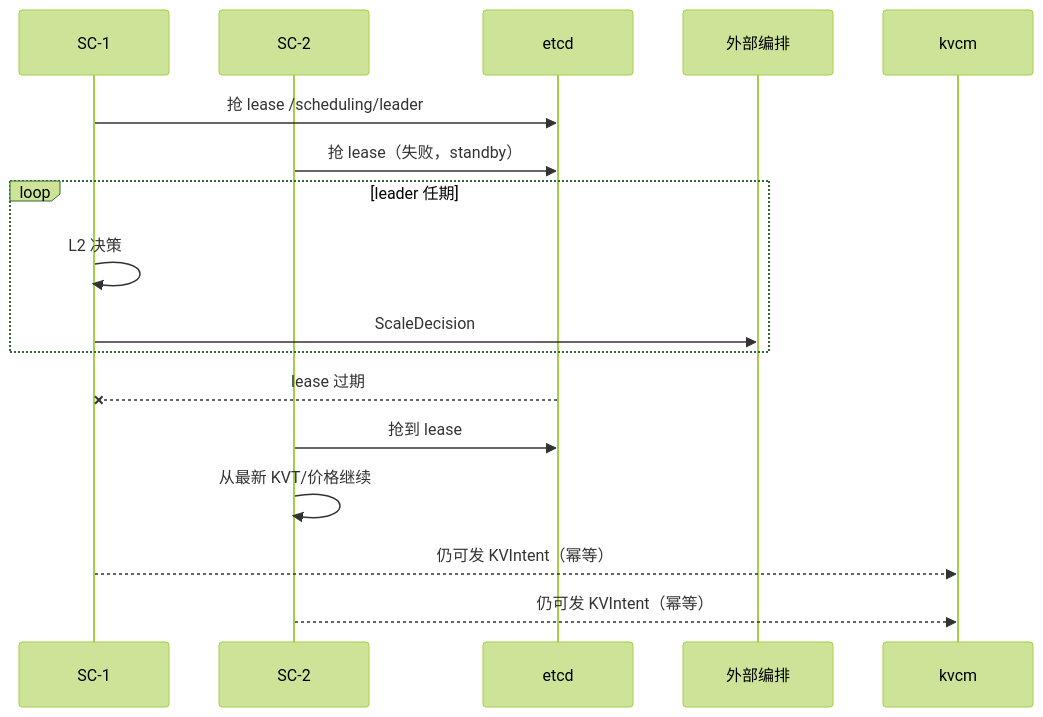
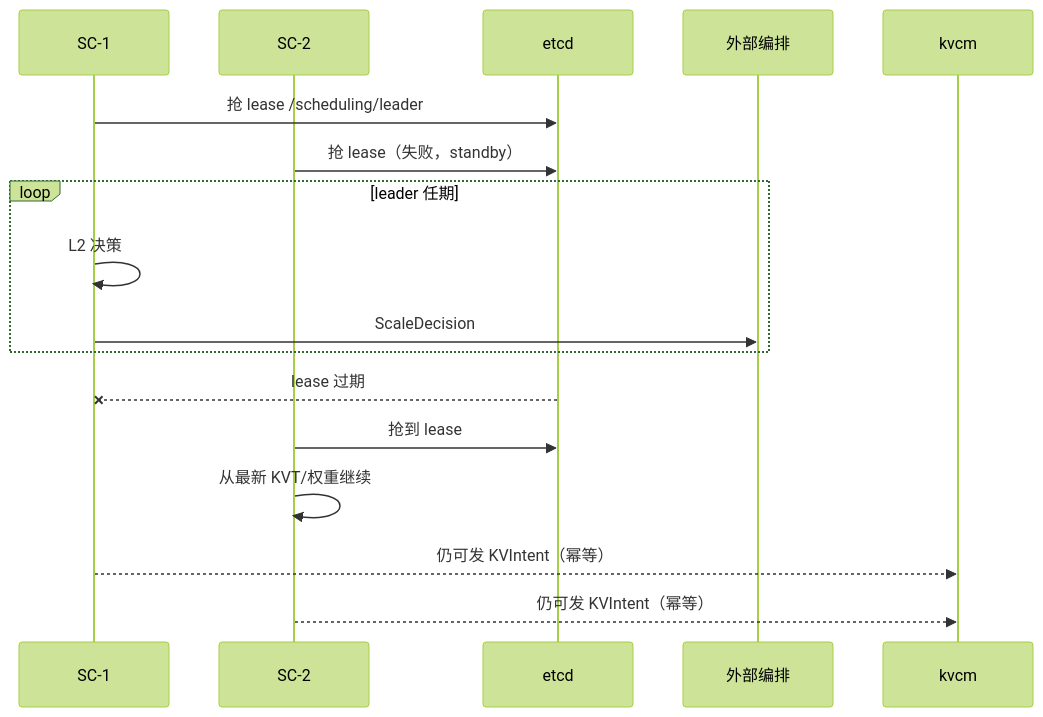
Before and after one commit to 5x8-40/lake: the ninth of 10 diagrams in kvcm/design/D8b-scheduling-sequences.md, drawn with Mermaid (forest theme). The commit also changed other lines of this file and 4 other files, not shown here.

````diff
--- a/kvcm/design/D8b-scheduling-sequences.md
+++ b/kvcm/design/D8b-scheduling-sequences.md
@@ -256,20 +256,20 @@
 ```mermaid
 sequenceDiagram
     participant R1 as SC-1
     participant R2 as SC-2
     participant E as etcd
     participant O as 外部编排
     participant K as kvcm
 
     R1->>E: 抢 lease /scheduling/leader
     R2->>E: 抢 lease（失败，standby）
     loop leader 任期
         R1->>R1: L2 决策
         R1->>O: ScaleDecision
     end
     E--xR1: lease 过期
     R2->>E: 抢到 lease
-    R2->>R2: 从最新 KVT/价格继续
+    R2->>R2: 从最新 KVT/权重继续
     R1-->>K: 仍可发 KVIntent（幂等）
     R2-->>K: 仍可发 KVIntent（幂等）
 ```
````
